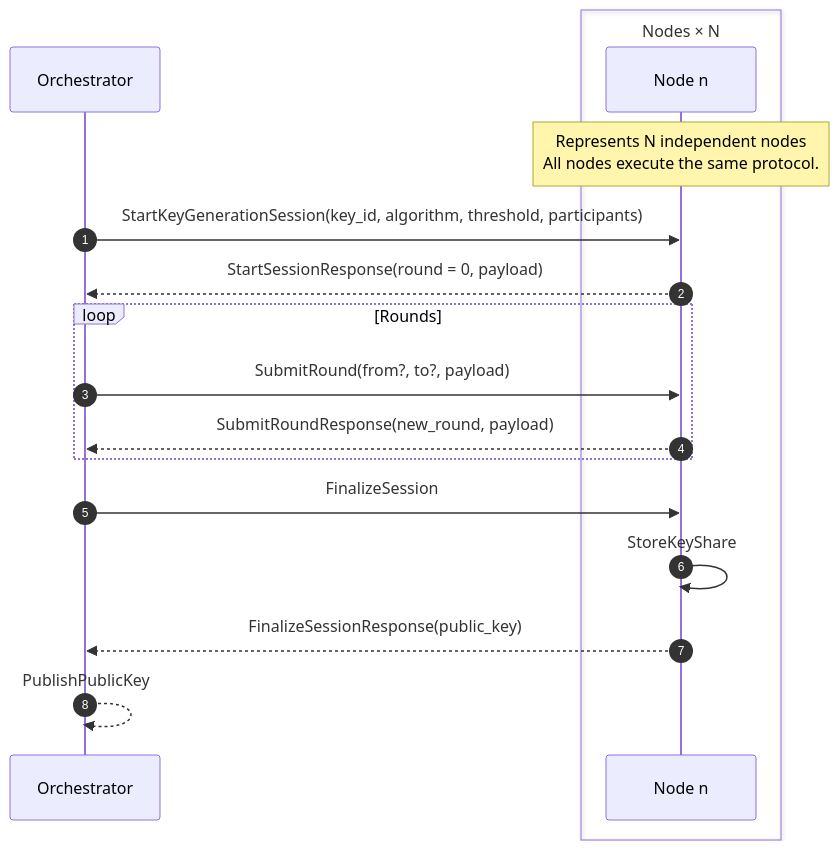
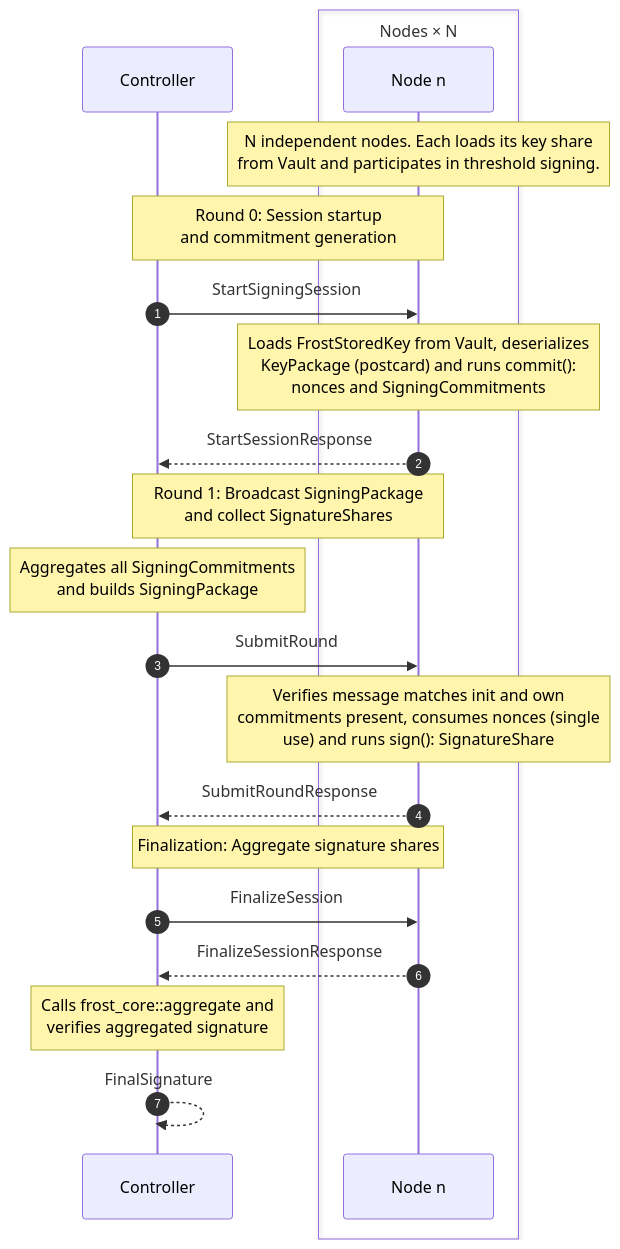
Before and after one commit to shreeed-app/multi-party-computation-cryptographic-engine: the second of 4 diagrams in README.md, drawn with Mermaid. The commit also changed other lines of this file and 20 other files, not shown here.

````diff
--- a/README.md
+++ b/README.md
@@ -27,26 +74,32 @@
 ```mermaid
 sequenceDiagram
     autonumber
 
-    participant Orchestrator
+    participant Controller
     box Nodes × N
         participant Node as Node n
     end
 
-    Note over Node: Represents N independent nodes<br/>All nodes execute the same protocol.
+    Note over Node: N independent nodes. Each loads its key share <br /> from Vault and participates in threshold signing.
 
-    Orchestrator->>Node: StartKeyGenerationSession(key_id, algorithm, threshold, participants)
+    Note over Controller,Node: Round 0: Session startup <br /> and commitment generation
 
-    Node-->>Orchestrator: StartSessionResponse(round = 0, payload)
+    Controller->>Node: StartSigningSession
+    Note over Node: Loads FrostStoredKey from Vault, deserializes <br /> KeyPackage (postcard) and runs commit(): <br /> nonces and SigningCommitments
+    Node-->>Controller: StartSessionResponse
 
-    loop Rounds
-        Orchestrator->>Node: SubmitRound(from?, to?, payload)
-        Node-->>Orchestrator: SubmitRoundResponse(new_round, payload)
-    end
+    Note over Controller,Node: Round 1: Broadcast SigningPackage <br /> and collect SignatureShares
 
-    Orchestrator->>Node: FinalizeSession
-    Node->>Node: StoreKeyShare
-    Node-->>Orchestrator: FinalizeSessionResponse(public_key)
+    Note over Controller: Aggregates all SigningCommitments <br /> and builds SigningPackage
+    Controller->>Node: SubmitRound
+    Note over Node: Verifies message matches init and own  <br /> commitments present, consumes nonces (single  <br /> use) and runs sign(): SignatureShare
+    Node-->>Controller: SubmitRoundResponse
 
-    Orchestrator-->>Orchestrator: PublishPublicKey
+    Note over Controller,Node: Finalization: Aggregate signature shares
+
+    Controller->>Node: FinalizeSession
+    Node-->>Controller: FinalizeSessionResponse
+
+    Note over Controller: Calls frost_core::aggregate and <br /> verifies aggregated signature
+    Controller-->>Controller: FinalSignature
 ```
````
